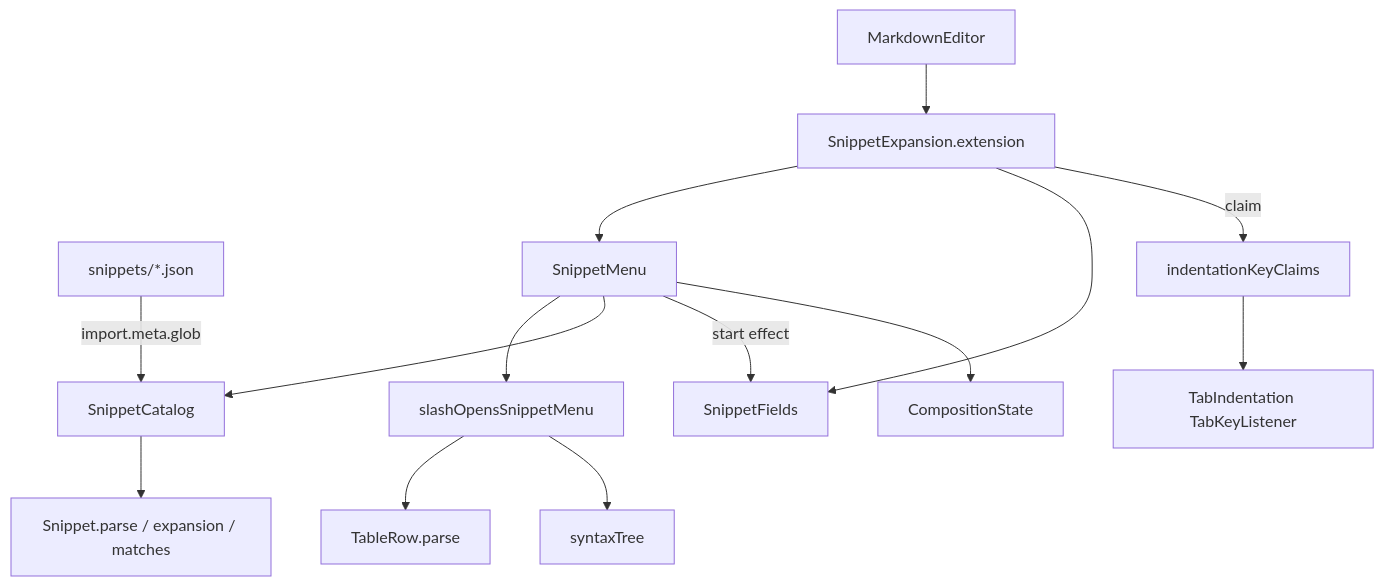
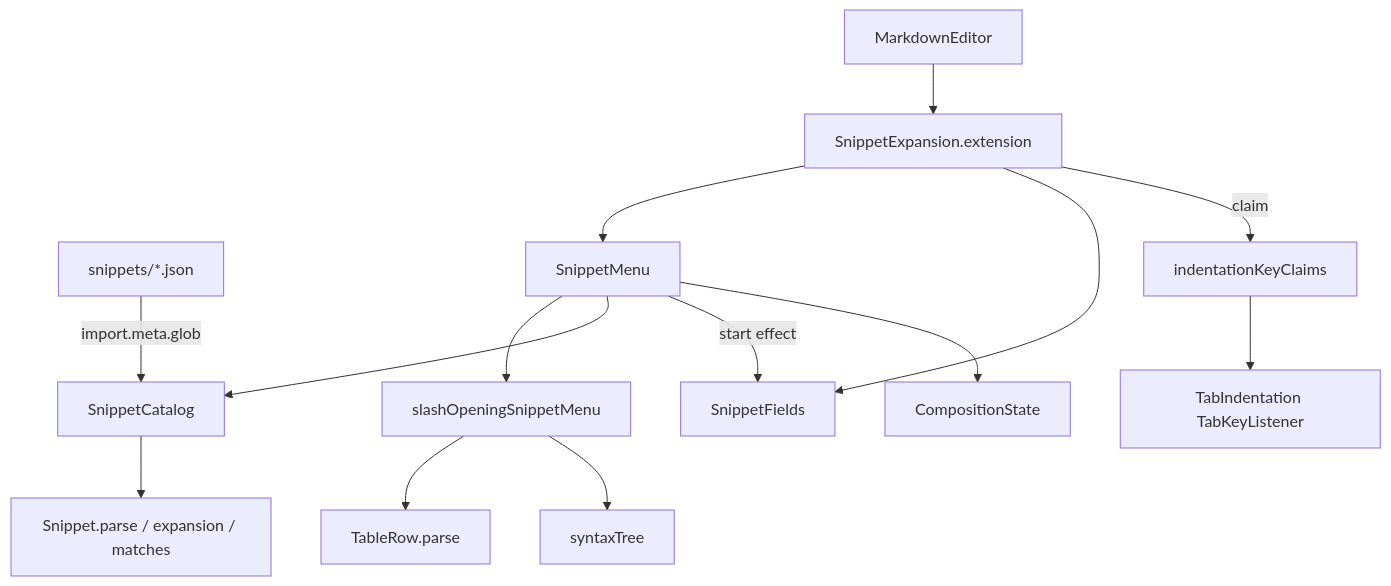
The diagram in .sdd/2026-08-22-snippet-templates/ARCH.md (CodeMachine0121/Rustle), drawn with Mermaid before and after one commit. The commit also changed other lines of this file, not shown here.

Commit message:
docs: name the slash rule after the code in the snippet design

````diff
--- a/.sdd/2026-08-22-snippet-templates/ARCH.md
+++ b/.sdd/2026-08-22-snippet-templates/ARCH.md
@@ -68,14 +68,14 @@
 ```mermaid
 flowchart TD
     Files[snippets/*.json] -- import.meta.glob --> Catalog[SnippetCatalog]
     Catalog --> Snippet[Snippet.parse / expansion / matches]
     Editor[MarkdownEditor] --> Expansion[SnippetExpansion.extension]
     Expansion --> Menu[SnippetMenu]
     Expansion --> Fields[SnippetFields]
     Expansion -- claim --> Facet[indentationKeyClaims]
     Facet --> Tab[TabIndentation TabKeyListener]
-    Menu --> Trigger[slashOpensSnippetMenu] --> Row[TableRow.parse] & Tree[syntaxTree]
+    Menu --> Trigger[slashOpeningSnippetMenu] --> Row[TableRow.parse] & Tree[syntaxTree]
     Menu --> Catalog
     Menu -- start effect --> Fields
     Menu --> Composition[CompositionState]
 ```
````
